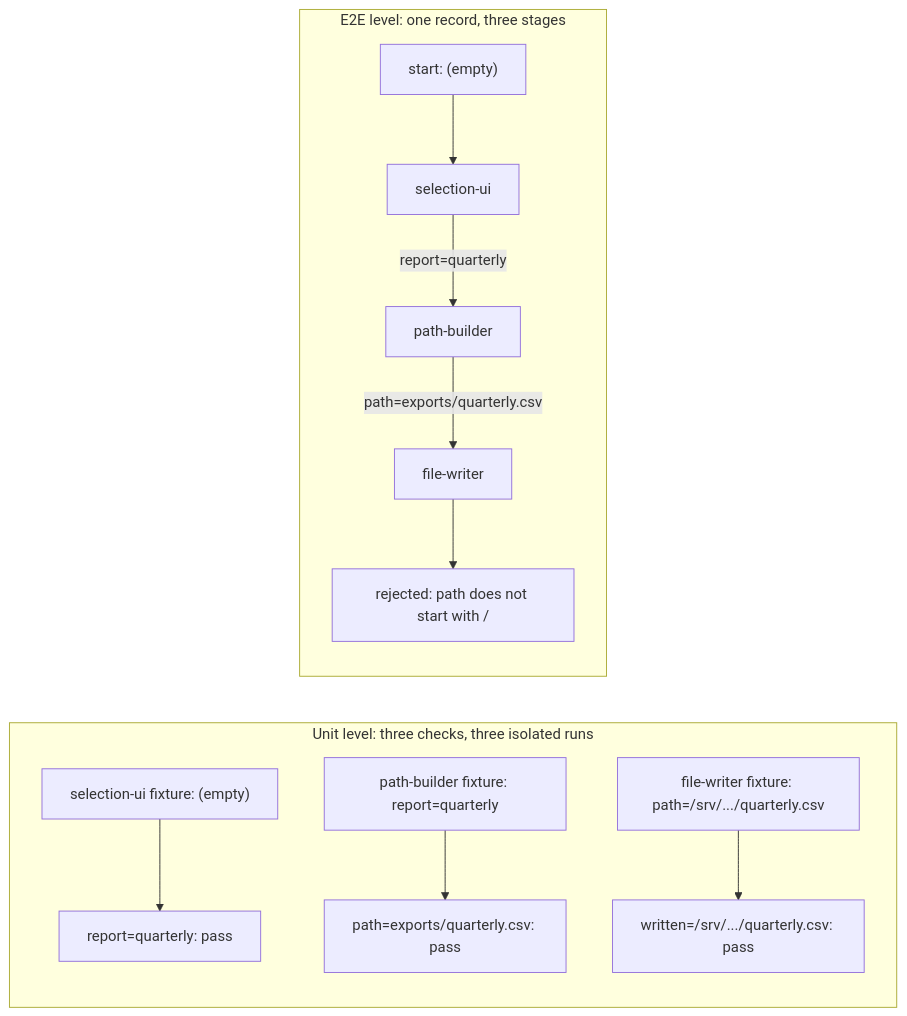
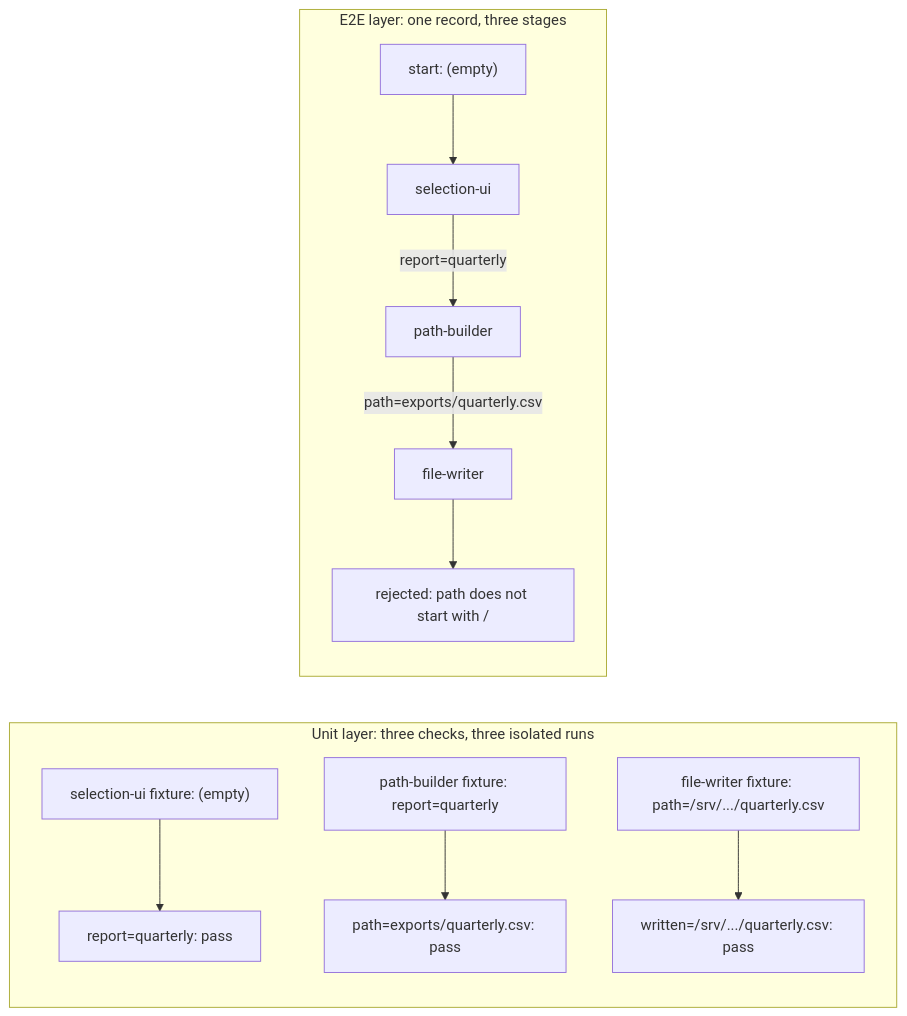
The diagram in lectures/lecture-09-why-end-to-end-testing-changes-results/README.md (ANI-IN/harness-engineering-session), drawn with Mermaid before and after one commit. The commit also changed other lines of this file and 63 other files, not shown here.

````diff
--- a/lectures/lecture-09-why-end-to-end-testing-changes-results/README.md
+++ b/lectures/lecture-09-why-end-to-end-testing-changes-results/README.md
@@ -122,14 +122,14 @@
 ```mermaid
 flowchart LR
-    subgraph UnitLevel["Unit level: three checks, three isolated runs"]
+    subgraph UnitLevel["Unit layer: three checks, three isolated runs"]
       UA["selection-ui fixture: (empty)"] --> UAr["report=quarterly: pass"]
       UB["path-builder fixture: report=quarterly"] --> UBr["path=exports/quarterly.csv: pass"]
       UC["file-writer fixture: path=/srv/.../quarterly.csv"] --> UCr["written=/srv/.../quarterly.csv: pass"]
     end
-    subgraph E2ELevel["E2E level: one record, three stages"]
+    subgraph E2ELevel["E2E layer: one record, three stages"]
       S["start: (empty)"] --> A["selection-ui"]
       A -->|"report=quarterly"| B["path-builder"]
       B -->|"path=exports/quarterly.csv"| C["file-writer"]
       C --> X["rejected: path does not start with /"]
     end
 ```
````
